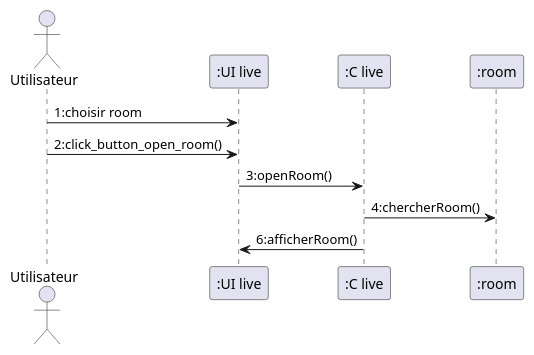
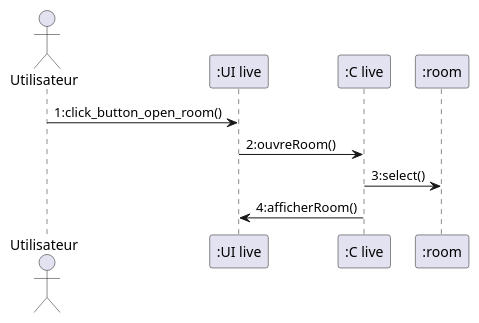
The diagram in Desktop/rapport/sequence/rejoindreroom.puml (benslimenmohamedaziz3-bot/diagrammes), drawn with PlantUML before and after one commit. The commit also changed 17 other files, not shown here.

```diff
--- a/Desktop/rapport/sequence/rejoindreroom.puml
+++ b/Desktop/rapport/sequence/rejoindreroom.puml
@@ -1,14 +1,13 @@
 @startuml
 actor "Utilisateur" as Utilisateur
 
 participant ":UI live" as UI
 participant ":C live" as C
 participant ":room" as Room
 
-Utilisateur -> UI : 1:choisir room
-Utilisateur -> UI : 2:click_button_open_room()
-UI -> C : 3:openRoom()
-C -> Room : 4:chercherRoom()
-C -> UI : 6:afficherRoom()
+Utilisateur -> UI : 1:click_button_open_room()
+UI -> C : 2:ouvreRoom()
+C -> Room : 3:select()
+C -> UI : 4:afficherRoom()
 
 @enduml
```
